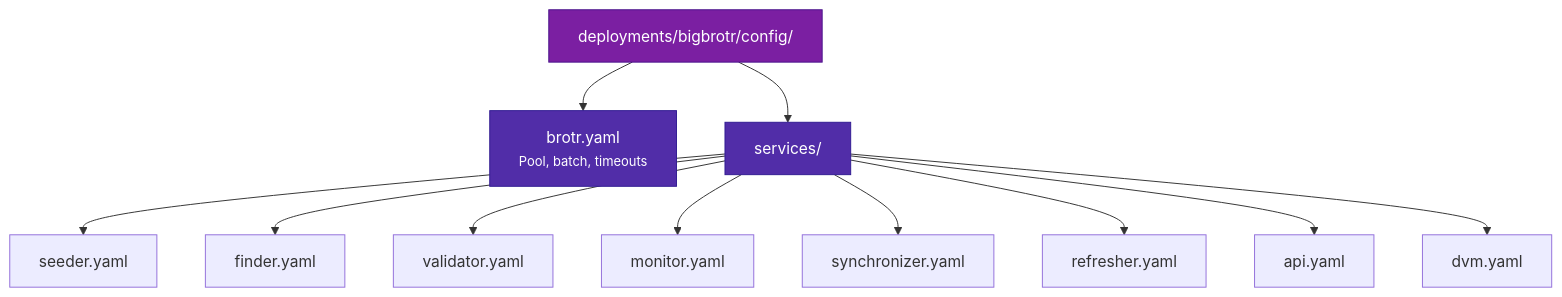
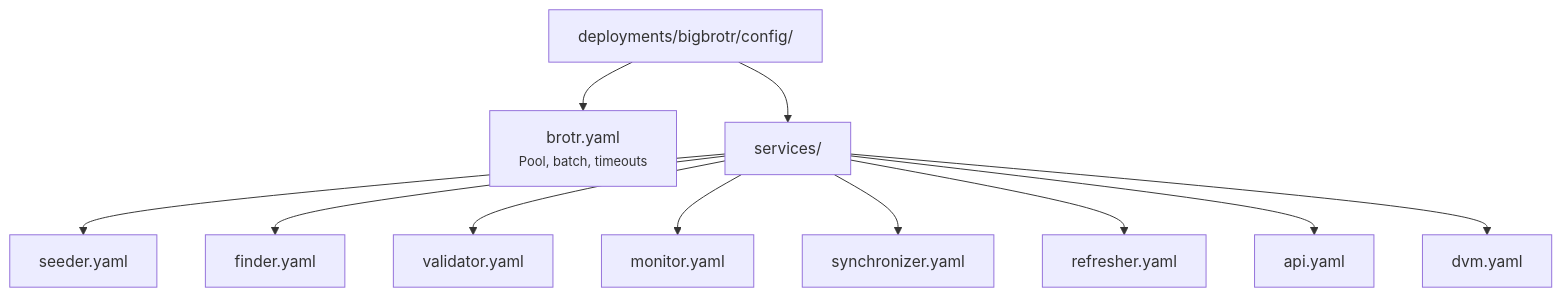
The seventh of 7 diagrams in docs/user-guide/architecture.md (BigBrotr/bigbrotr), drawn with Mermaid before and after one commit. The commit also changed other lines of this file and 10 other files, not shown here.

````diff
--- a/docs/user-guide/architecture.md
+++ b/docs/user-guide/architecture.md
@@ -657,18 +678,15 @@
 ```mermaid
 flowchart TD
     A["deployments/bigbrotr/config/"]
     A --> B["brotr.yaml<br/><small>Pool, batch, timeouts</small>"]
     A --> C["services/"]
     C --> D["seeder.yaml"]
     C --> E["finder.yaml"]
     C --> F["validator.yaml"]
     C --> G["monitor.yaml"]
     C --> H["synchronizer.yaml"]
     C --> I["refresher.yaml"]
     C --> J["api.yaml"]
     C --> K["dvm.yaml"]
 
-    style A fill:#7B1FA2,color:#fff,stroke:#4A148C
-    style B fill:#512DA8,color:#fff,stroke:#311B92
-    style C fill:#512DA8,color:#fff,stroke:#311B92
 ```
````
